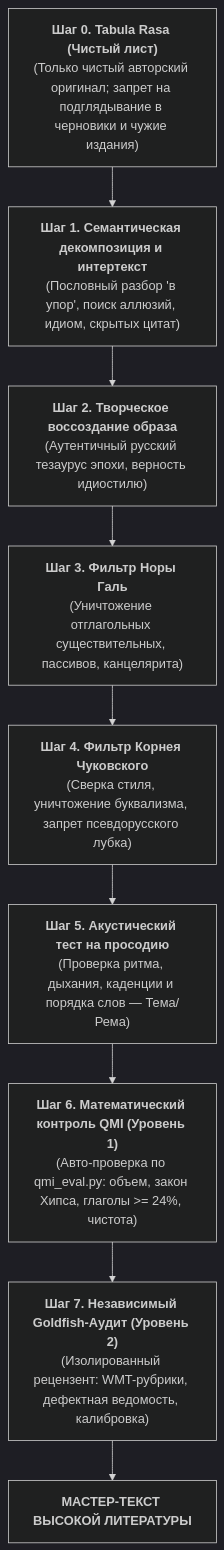
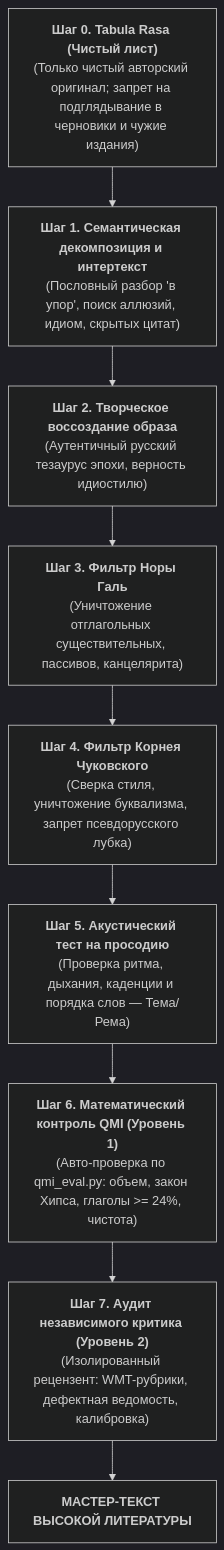
Before and after one commit to lnp/classic-russian-translation: the fourth of 6 diagrams in AGENTS.md, drawn with Mermaid (dark theme). The commit also changed other lines of this file and 1 other file, not shown here.

Commit message:
feat: polish Section 9, remove goldfish term in favor of Independent Critic, add Zero-Bypass Mandate and explicit min/max iteration bounds

````diff
--- a/AGENTS.md
+++ b/AGENTS.md
@@ -193,11 +193,11 @@
 ```mermaid
 flowchart TD
     S0["<b>Шаг 0. Tabula Rasa (Чистый лист)</b><br/>(Только чистый авторский оригинал; запрет на подглядывание в черновики и чужие издания)"] --> S1
     S1["<b>Шаг 1. Семантическая декомпозиция и интертекст</b><br/>(Пословный разбор 'в упор', поиск аллюзий, идиом, скрытых цитат)"] --> S2
     S2["<b>Шаг 2. Творческое воссоздание образа</b><br/>(Аутентичный русский тезаурус эпохи, верность идиостилю)"] --> S3
     S3["<b>Шаг 3. Фильтр Норы Галь</b><br/>(Уничтожение отглагольных существительных, пассивов, канцелярита)"] --> S4
     S4["<b>Шаг 4. Фильтр Корнея Чуковского</b><br/>(Сверка стиля, уничтожение буквализма, запрет псевдорусского лубка)"] --> S5
     S5["<b>Шаг 5. Акустический тест на просодию</b><br/>(Проверка ритма, дыхания, каденции и порядка слов — Тема/Рема)"] --> S6
     S6["<b>Шаг 6. Математический контроль QMI (Уровень 1)</b><br/>(Авто-проверка по qmi_eval.py: объем, закон Хипса, глаголы >= 24%, чистота)"] --> S7
-    S7["<b>Шаг 7. Независимый Goldfish-Аудит (Уровень 2)</b><br/>(Изолированный рецензент: WMT-рубрики, дефектная ведомость, калибровка)"] --> END["<b>МАСТЕР-ТЕКСТ ВЫСОКОЙ ЛИТЕРАТУРЫ</b>"]
+    S7["<b>Шаг 7. Аудит независимого критика (Уровень 2)</b><br/>(Изолированный рецензент: WMT-рубрики, дефектная ведомость, калибровка)"] --> END["<b>МАСТЕР-ТЕКСТ ВЫСОКОЙ ЛИТЕРАТУРЫ</b>"]
 ```
````
